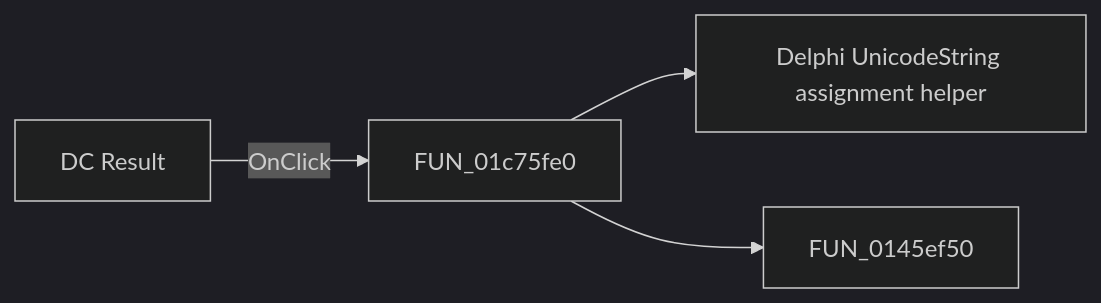
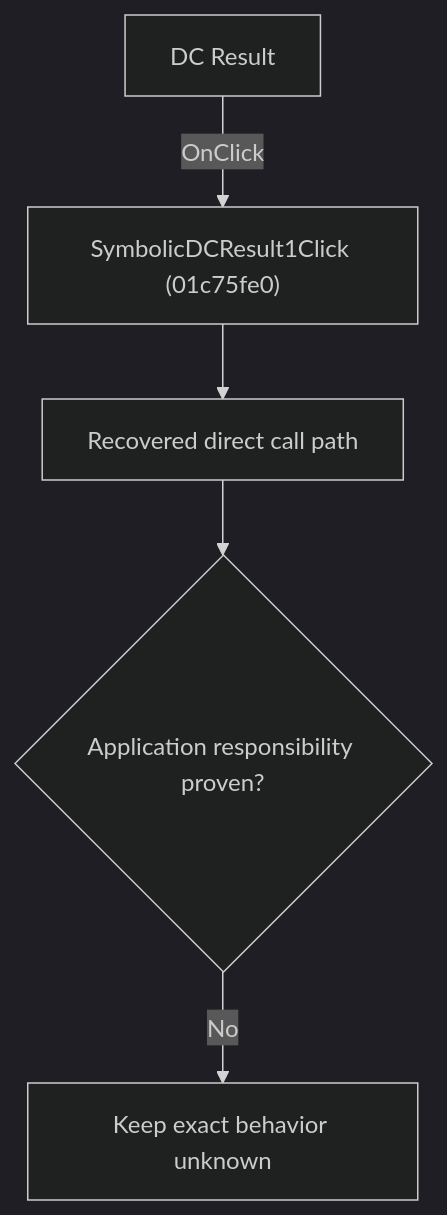
Before and after one commit to MovGP0/TIARA: the diagram in docs/ui-controls/schematiceditor/symbolicdcresult1-11d8708de6.md, drawn with Mermaid (dark theme). The commit also changed other lines of this file and 1062 other files, not shown here.

````diff
--- a/docs/ui-controls/schematiceditor/symbolicdcresult1-11d8708de6.md
+++ b/docs/ui-controls/schematiceditor/symbolicdcresult1-11d8708de6.md
@@ -27,6 +27,7 @@
 ```mermaid
-flowchart LR
-    control["DC Result"] -->|OnClick| handler["FUN_01c75fe0"]
-    handler --> call1["Delphi UnicodeString assignment helper"]
-    handler --> call2["FUN_0145ef50"]
+flowchart TD
+    control["DC Result"] -->|"OnClick"| handler["SymbolicDCResult1Click (01c75fe0)"]
+    handler --> recovered["Recovered direct call path"]
+    recovered --> gap{"Application responsibility proven?"}
+    gap -->|"No"| blocked["Keep exact behavior unknown"]
 ```
````
